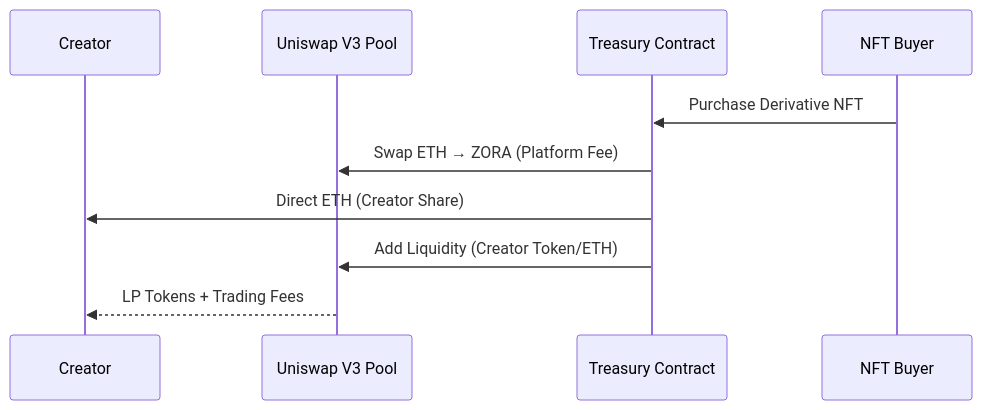
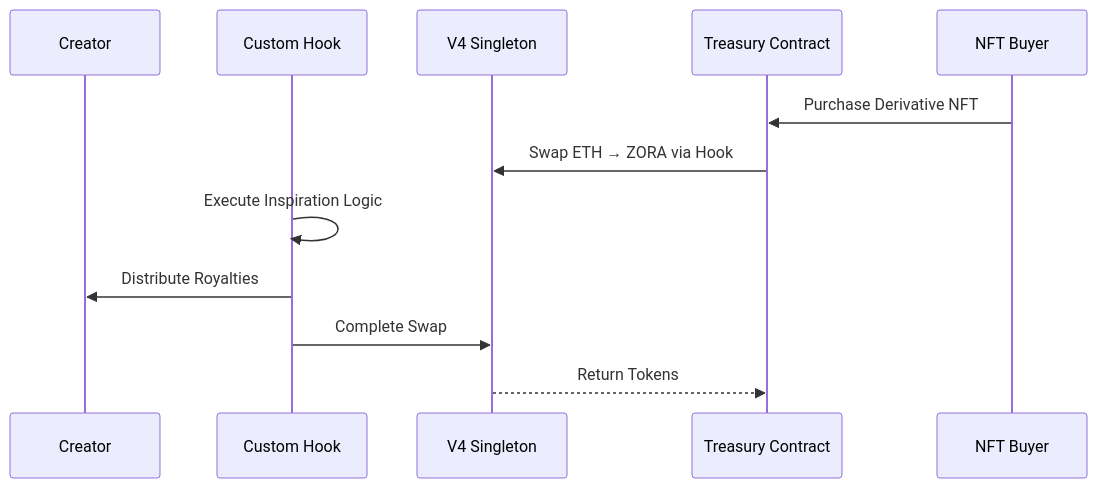
Before and after one commit to zkInspire/docs: the second of 2 diagrams in Sponsor/sponsortech.md, drawn with Mermaid. The commit also changed other lines of this file, not shown here.

````diff
--- a/Sponsor/sponsortech.md
+++ b/Sponsor/sponsortech.md
@@ -70,13 +70,15 @@
 ```mermaid
 sequenceDiagram
     participant Creator as Creator
-    participant Pool as Uniswap V3 Pool
+    participant Hook as Custom Hook
+    participant Singleton as V4 Singleton
     participant Treasury as Treasury Contract
     participant Buyer as NFT Buyer
     
     Buyer->>Treasury: Purchase Derivative NFT
-    Treasury->>Pool: Swap ETH → ZORA (Platform Fee)
-    Treasury->>Creator: Direct ETH (Creator Share)
-    Treasury->>Pool: Add Liquidity (Creator Token/ETH)
-    Pool-->>Creator: LP Tokens + Trading Fees
+    Treasury->>Singleton: Swap ETH → ZORA via Hook
+    Hook->>Hook: Execute Inspiration Logic
+    Hook->>Creator: Distribute Royalties
+    Hook->>Singleton: Complete Swap
+    Singleton-->>Treasury: Return Tokens
 ```
````
